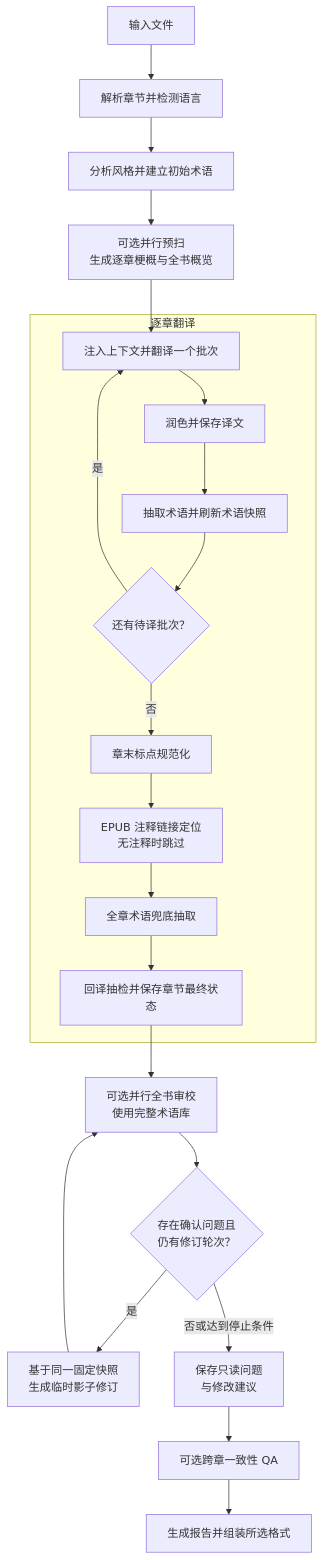
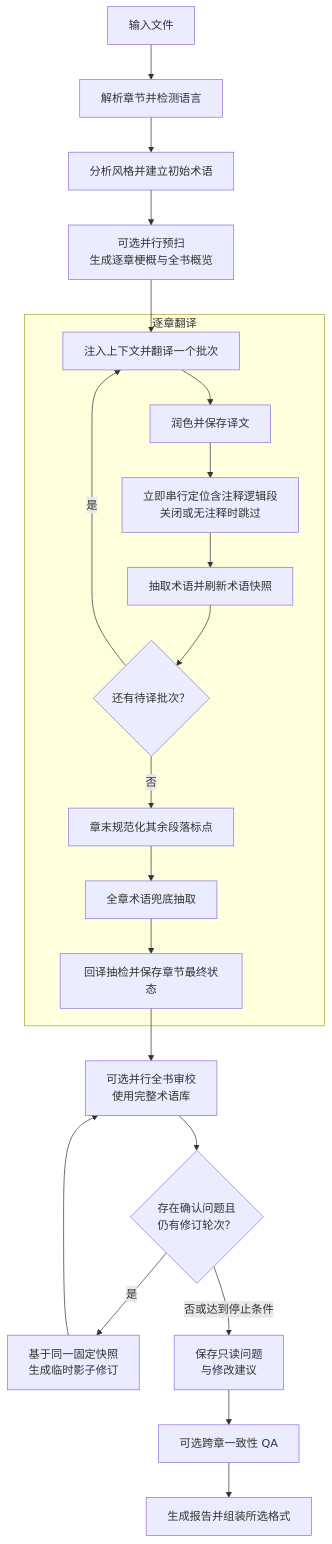
One commit to BigDawnGhost/wenyi changed the diagram in docs/zh/README.md. Above: the diagram before and after it, drawn with Mermaid. The commit also changed 10 other files, not shown here.

````diff
--- a/docs/zh/README.md
+++ b/docs/zh/README.md
@@ -158,27 +158,27 @@
 ```mermaid
 flowchart TD
     A[输入文件] --> B[解析章节并检测语言]
     B --> C[分析风格并建立初始术语]
     C --> D[可选并行预扫<br/>生成逐章梗概与全书概览]
     D --> E
 
     subgraph T[逐章翻译]
         E[注入上下文并翻译一个批次]
         E --> F[润色并保存译文]
-        F --> G[抽取术语并刷新术语快照]
+        F --> FA[立即串行定位含注释逻辑段<br/>关闭或无注释时跳过]
+        FA --> G[抽取术语并刷新术语快照]
         G --> H{还有待译批次？}
         H -- 是 --> E
-        H -- 否 --> I[章末标点规范化]
-        I --> IA[EPUB 注释链接定位<br/>无注释时跳过]
-        IA --> IB[全章术语兜底抽取]
+        H -- 否 --> I[章末规范化其余段落标点]
+        I --> IB[全章术语兜底抽取]
         IB --> J[回译抽检并保存章节最终状态]
     end
 
     J --> K[可选并行全书审校<br/>使用完整术语库]
     K --> N{存在确认问题且<br/>仍有修订轮次？}
     N -- 是 --> O[基于同一固定快照<br/>生成临时影子修订]
     O --> K
     N -- 否或达到停止条件 --> P[保存只读问题<br/>与修改建议]
     P --> L[可选跨章一致性 QA]
     L --> M[生成报告并组装所选格式]
 ```
````
